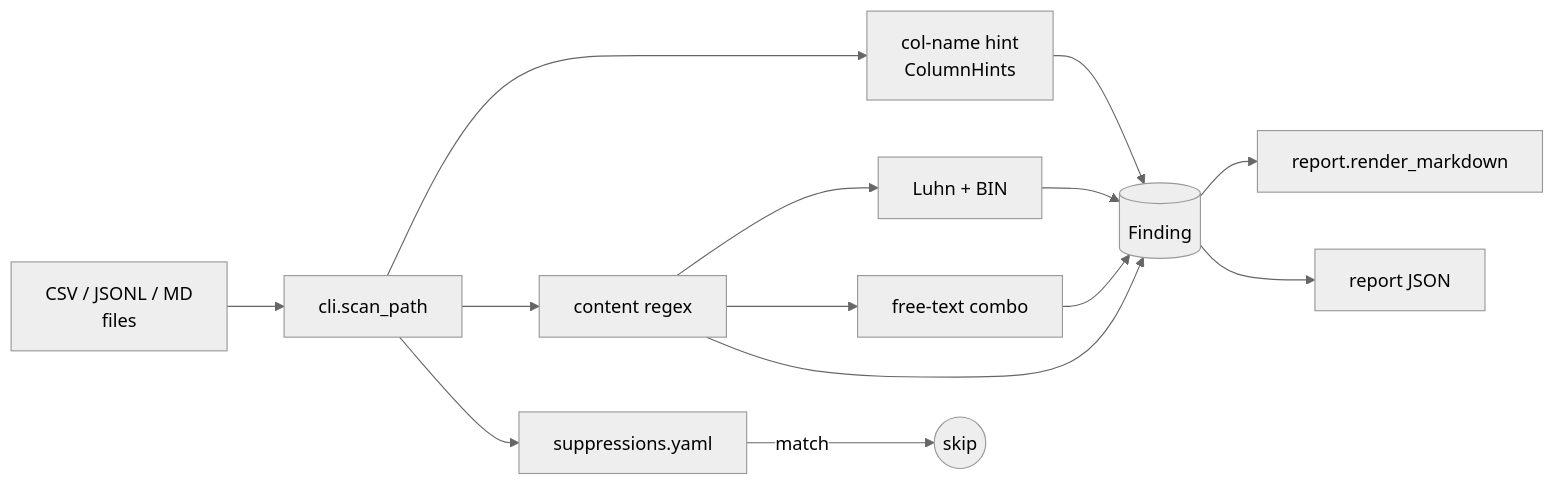
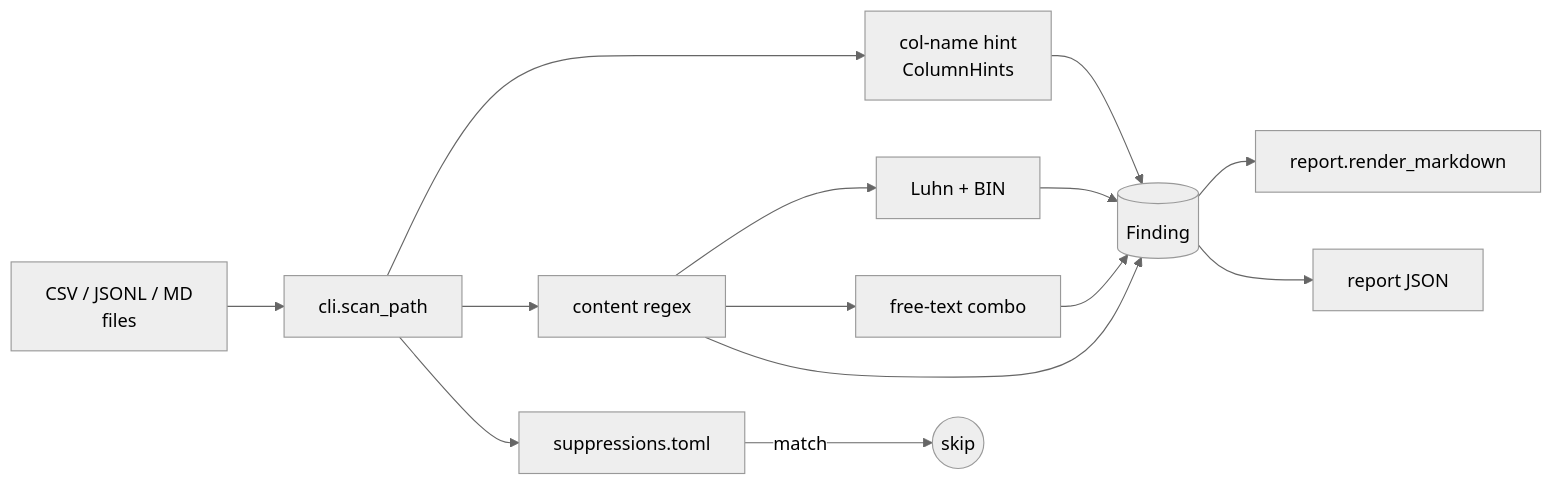
One commit to angWindy/vn-pii changed the first of 2 diagrams in docs/architecture.md. Above: the diagram before and after it, drawn with Mermaid (neutral theme). The commit also changed other lines of this file and 18 other files, not shown here.

````diff
--- a/docs/architecture.md
+++ b/docs/architecture.md
@@ -25,16 +25,16 @@
 ```mermaid
 flowchart LR
   A[CSV / JSONL / MD<br/>files] --> B[cli.scan_path]
   B --> C[col-name hint<br/>ColumnHints]
   B --> D[content regex]
   D --> E[Luhn + BIN]
   D --> F[free-text combo]
   C --> H[(Finding)]
   D --> H
   E --> H
   F --> H
-  B --> I[suppressions.yaml]
+  B --> I[suppressions.toml]
   I -- match --> G((skip))
   H --> J[report.render_markdown]
   H --> K[report JSON]
 ```
````
